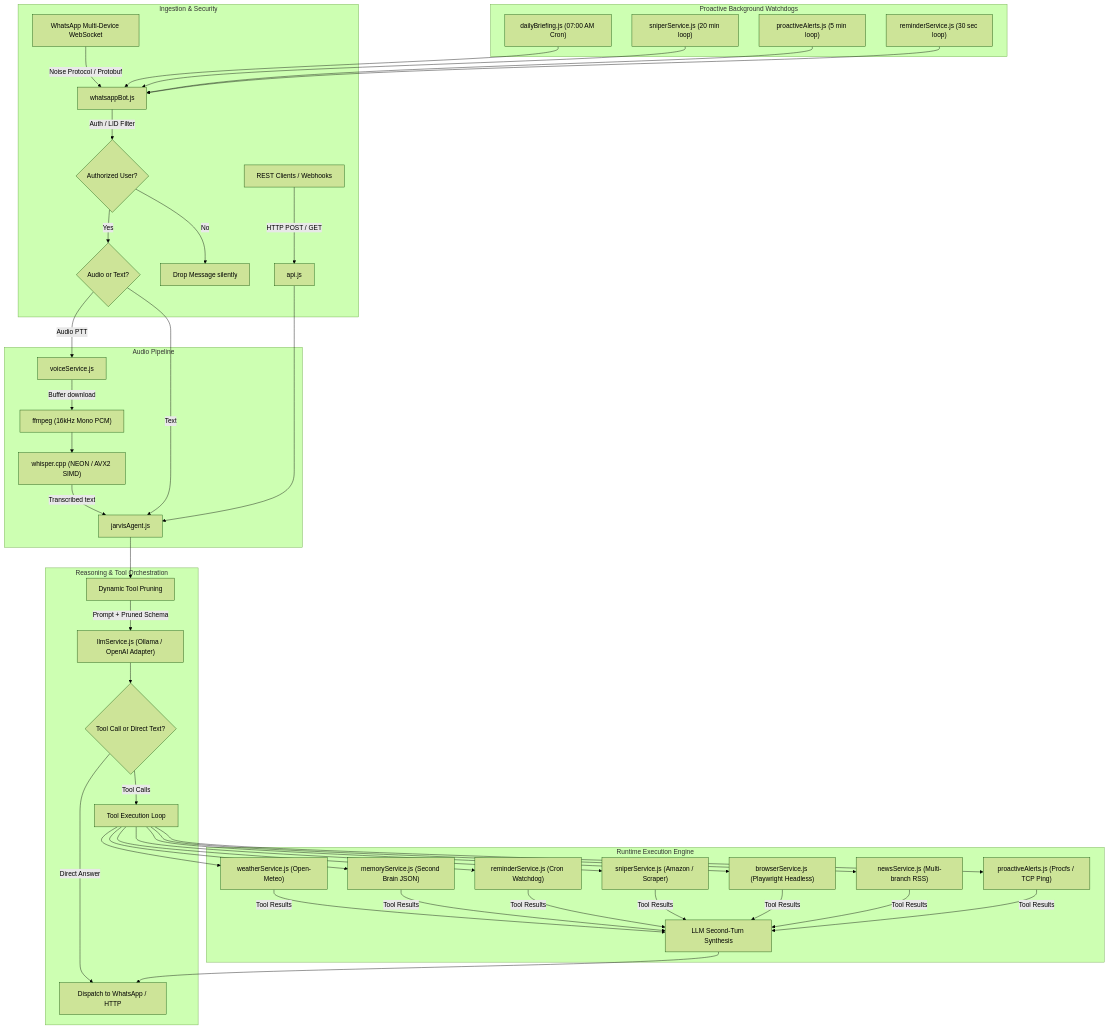
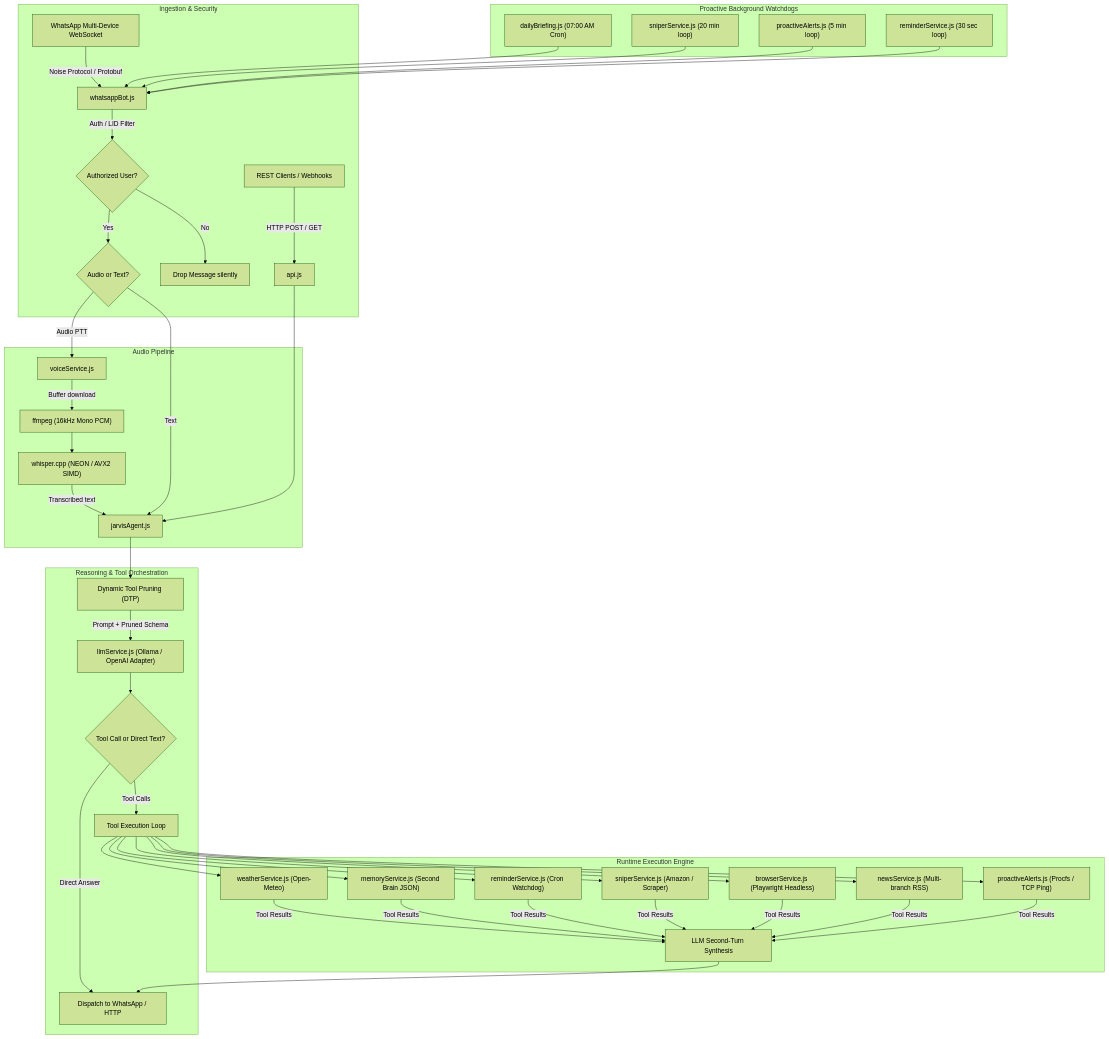
The first of 2 diagrams in README.md (DCastellanos4/F.R.I.D.A.Y-bot), drawn with Mermaid (forest theme) before and after one commit. The commit also changed other lines of this file and 6 other files, not shown here.

Commit message:
fix(llm): isolate client singleton, normalize tool message schemas, and add sequence flow to technical README

````diff
--- a/README.md
+++ b/README.md
@@ -16,46 +32,46 @@
 ```mermaid
 flowchart TD
     subgraph Ingestion ["Ingestion & Security"]
         WA["WhatsApp Multi-Device WebSocket"] -->|"Noise Protocol / Protobuf"| Bot["whatsappBot.js"]
         HTTP["REST Clients / Webhooks"] -->|"HTTP POST / GET"| API["api.js"]
         Bot -->|"Auth / LID Filter"| Guard{"Authorized User?"}
         Guard -->|"No"| Drop["Drop Message silently"]
         Guard -->|"Yes"| Router{"Audio or Text?"}
     end
 
     subgraph Media ["Audio Pipeline"]
         Router -->|"Audio PTT"| Voice["voiceService.js"]
         Voice -->|"Buffer download"| Ffmpeg["ffmpeg (16kHz Mono PCM)"]
         Ffmpeg --> Whisper["whisper.cpp (NEON / AVX2 SIMD)"]
         Whisper -->|"Transcribed text"| Agent["jarvisAgent.js"]
     end
 
     subgraph Engine ["Reasoning & Tool Orchestration"]
         Router -->|"Text"| Agent
         API --> Agent
-        Agent --> Intent["Dynamic Tool Pruning"]
+        Agent --> Intent["Dynamic Tool Pruning (DTP)"]
         Intent -->|"Prompt + Pruned Schema"| LLM["llmService.js (Ollama / OpenAI Adapter)"]
         LLM --> Decision{"Tool Call or Direct Text?"}
         Decision -->|"Direct Answer"| Dispatch["Dispatch to WhatsApp / HTTP"]
         Decision -->|"Tool Calls"| Executor["Tool Execution Loop"]
     end
 
     subgraph Tools ["Runtime Execution Engine"]
         Executor --> Weather["weatherService.js (Open-Meteo)"]
         Executor --> Memory["memoryService.js (Second Brain JSON)"]
         Executor --> Reminder["reminderService.js (Cron Watchdog)"]
         Executor --> Sniper["sniperService.js (Amazon / Scraper)"]
         Executor --> Browser["browserService.js (Playwright Headless)"]
         Executor --> News["newsService.js (Multi-branch RSS)"]
         Executor --> Telemetry["proactiveAlerts.js (Procfs / TCP Ping)"]
         Weather & Memory & Reminder & Sniper & Browser & News & Telemetry -->|"Tool Results"| Synthesizer["LLM Second-Turn Synthesis"]
         Synthesizer --> Dispatch
     end
 
     subgraph Daemons ["Proactive Background Watchdogs"]
         CronBriefing["dailyBriefing.js (07:00 AM Cron)"] --> Bot
         SniperWatch["sniperService.js (20 min loop)"] --> Bot
         HostWatch["proactiveAlerts.js (5 min loop)"] --> Bot
         RemindWatch["reminderService.js (30 sec loop)"] --> Bot
     end
 ```
````
